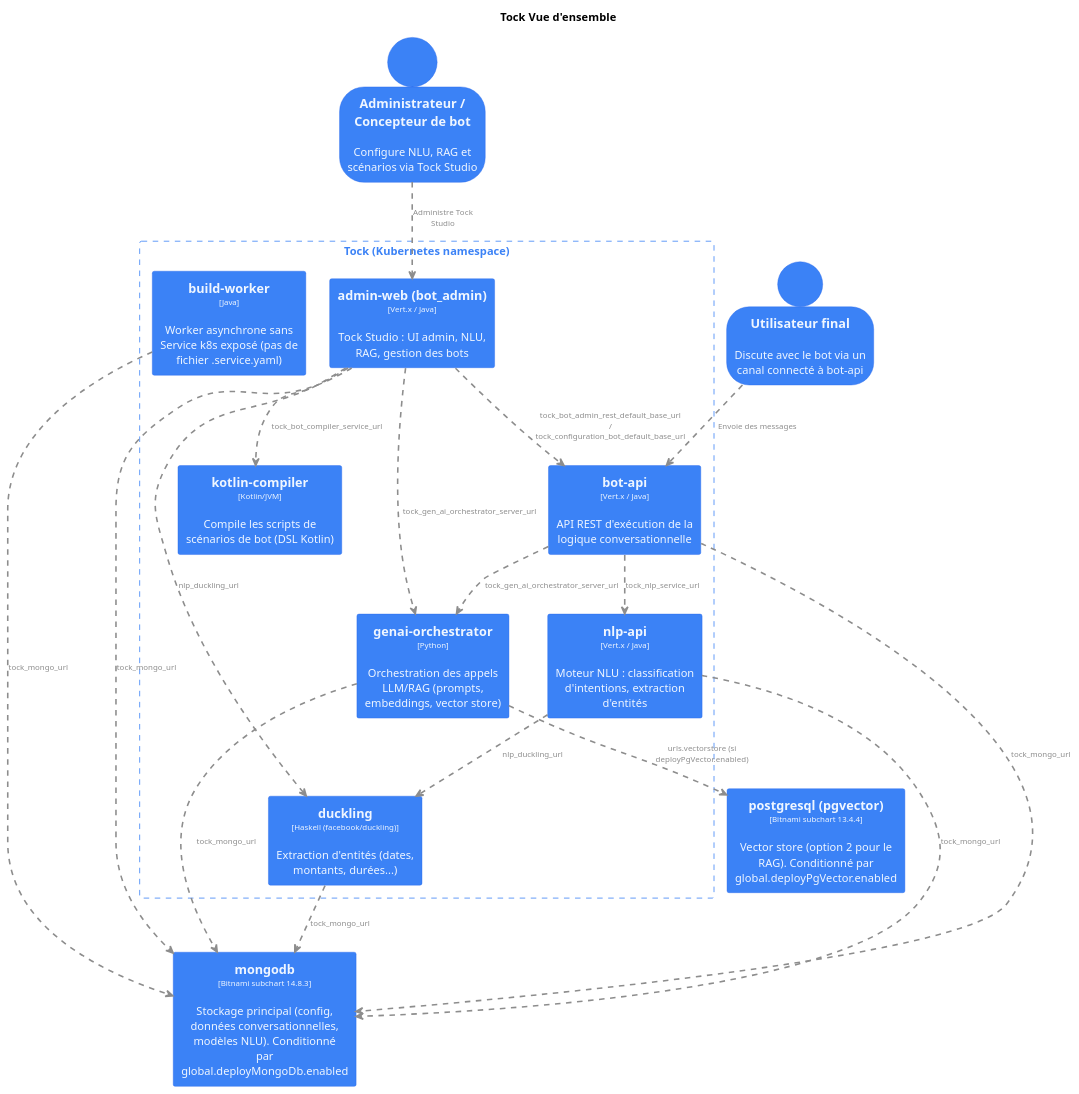
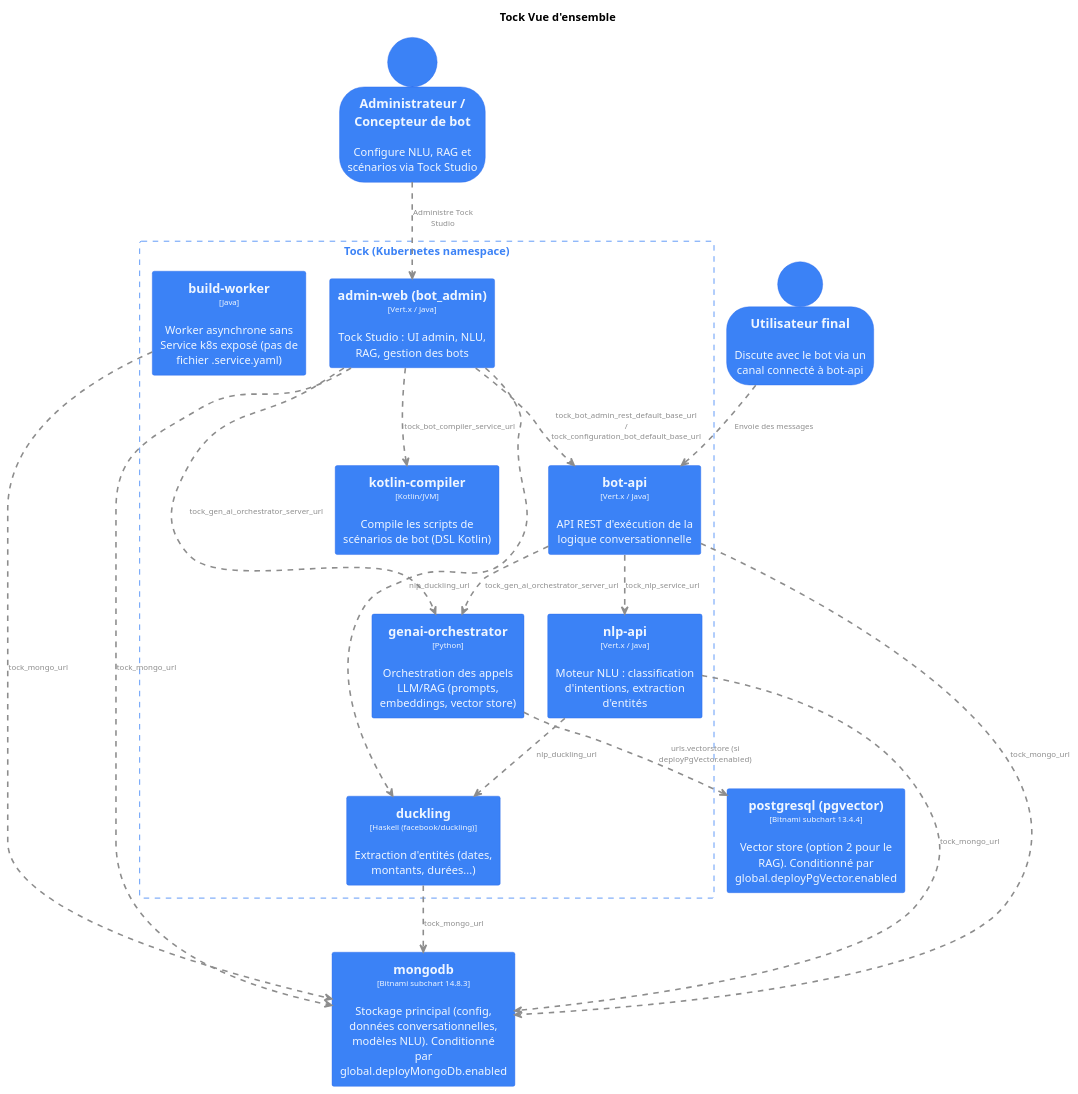
One commit to theopenconversationkit/tock-helm-chart changed the diagram in assets/tockOverview.puml. Above: the diagram before and after it, drawn with PlantUML. The commit also changed 8 other files, not shown here.

```diff
--- a/assets/tockOverview.puml
+++ b/assets/tockOverview.puml
@@ -1,105 +1,104 @@
 @startuml
 title "Tock Vue d'ensemble"
 top to bottom direction
 
 hide stereotype
 skinparam ranksep 60
 skinparam nodesep 30
 skinparam {
   arrowFontSize 10
   defaultTextAlignment center
   wrapWidth 200
   maxMessageSize 100
   shadowing false
 }
 
 skinparam person<<Admin>>{
   BackgroundColor #3b82f6
   FontColor #eff6ff
   BorderColor #2563eb
 }
 skinparam person<<EndUser>>{
   BackgroundColor #3b82f6
   FontColor #eff6ff
   BorderColor #2563eb
 }
 skinparam rectangle<<TockAdminWeb>>{
   BackgroundColor #3b82f6
   FontColor #eff6ff
   BorderColor #2563eb
 }
 skinparam rectangle<<TockBuildWorker>>{
   BackgroundColor #3b82f6
   FontColor #eff6ff
   BorderColor #2563eb
 }
 skinparam rectangle<<TockBotApi>>{
   BackgroundColor #3b82f6
   FontColor #eff6ff
   BorderColor #2563eb
 }
 skinparam rectangle<<TockKotlinCompiler>>{
   BackgroundColor #3b82f6
   FontColor #eff6ff
   BorderColor #2563eb
 }
 skinparam rectangle<<TockNlpApi>>{
   BackgroundColor #3b82f6
   FontColor #eff6ff
   BorderColor #2563eb
 }
 skinparam rectangle<<TockGenaiOrchestrator>>{
   BackgroundColor #3b82f6
   FontColor #eff6ff
   BorderColor #2563eb
 }
 skinparam rectangle<<TockDuckling>>{
   BackgroundColor #3b82f6
   FontColor #eff6ff
   BorderColor #2563eb
 }
 skinparam rectangle<<Postgresql>>{
   BackgroundColor #3b82f6
   FontColor #eff6ff
   BorderColor #2563eb
 }
 skinparam rectangle<<Mongodb>>{
   BackgroundColor #3b82f6
   FontColor #eff6ff
   BorderColor #2563eb
 }
 person "==Administrateur / Concepteur de bot\n\nConfigure NLU, RAG et scénarios via Tock Studio" <<Admin>> as Admin
 person "==Utilisateur final\n\nDiscute avec le bot via un canal connecté à bot-api" <<EndUser>> as EndUser
 rectangle "Tock (Kubernetes namespace)" <<Tock>> as Tock {
   skinparam RectangleBorderColor<<Tock>> #3b82f6
   skinparam RectangleFontColor<<Tock>> #3b82f6
   skinparam RectangleBorderStyle<<Tock>> dashed
 
   rectangle "==admin-web (bot_admin)\n<size:10>[Vert.x / Java]</size>\n\nTock Studio : UI admin, NLU, RAG, gestion des bots" <<TockAdminWeb>> as TockAdminWeb
   rectangle "==build-worker\n<size:10>[Java]</size>\n\nWorker asynchrone sans Service k8s exposé (pas de fichier .service.yaml)" <<TockBuildWorker>> as TockBuildWorker
   rectangle "==bot-api\n<size:10>[Vert.x / Java]</size>\n\nAPI REST d'exécution de la logique conversationnelle" <<TockBotApi>> as TockBotApi
   rectangle "==kotlin-compiler\n<size:10>[Kotlin/JVM]</size>\n\nCompile les scripts de scénarios de bot (DSL Kotlin)" <<TockKotlinCompiler>> as TockKotlinCompiler
   rectangle "==nlp-api\n<size:10>[Vert.x / Java]</size>\n\nMoteur NLU : classification d'intentions, extraction d'entités" <<TockNlpApi>> as TockNlpApi
   rectangle "==genai-orchestrator\n<size:10>[Python]</size>\n\nOrchestration des appels LLM/RAG (prompts, embeddings, vector store)" <<TockGenaiOrchestrator>> as TockGenaiOrchestrator
   rectangle "==duckling\n<size:10>[Haskell (facebook/duckling)]</size>\n\nExtraction d'entités (dates, montants, durées...)" <<TockDuckling>> as TockDuckling
 }
 rectangle "==postgresql (pgvector)\n<size:10>[Bitnami subchart 13.4.4]</size>\n\nVector store (option 2 pour le RAG). Conditionné par global.deployPgVector.enabled" <<Postgresql>> as Postgresql
 rectangle "==mongodb\n<size:10>[Bitnami subchart 14.8.3]</size>\n\nStockage principal (config, données conversationnelles, modèles NLU). Conditionné par global.deployMongoDb.enabled" <<Mongodb>> as Mongodb
 
 TockAdminWeb .[#8D8D8D,thickness=2].> TockBotApi : <color:#8D8D8D>tock_bot_admin_rest_default_base_url / \n<color:#8D8D8D>tock_configuration_bot_default_base_url
 TockAdminWeb .[#8D8D8D,thickness=2].> TockDuckling : <color:#8D8D8D>nlp_duckling_url
 TockAdminWeb .[#8D8D8D,thickness=2].> TockKotlinCompiler : <color:#8D8D8D>tock_bot_compiler_service_url
 TockAdminWeb .[#8D8D8D,thickness=2].> TockGenaiOrchestrator : <color:#8D8D8D>tock_gen_ai_orchestrator_server_url
 TockBotApi .[#8D8D8D,thickness=2].> TockNlpApi : <color:#8D8D8D>tock_nlp_service_url
 TockBotApi .[#8D8D8D,thickness=2].> TockGenaiOrchestrator : <color:#8D8D8D>tock_gen_ai_orchestrator_server_url
 TockNlpApi .[#8D8D8D,thickness=2].> TockDuckling : <color:#8D8D8D>nlp_duckling_url
 TockAdminWeb .[#8D8D8D,thickness=2].> Mongodb : <color:#8D8D8D>tock_mongo_url
 TockBotApi .[#8D8D8D,thickness=2].> Mongodb : <color:#8D8D8D>tock_mongo_url
 TockNlpApi .[#8D8D8D,thickness=2].> Mongodb : <color:#8D8D8D>tock_mongo_url
 TockDuckling .[#8D8D8D,thickness=2].> Mongodb : <color:#8D8D8D>tock_mongo_url
 TockBuildWorker .[#8D8D8D,thickness=2].> Mongodb : <color:#8D8D8D>tock_mongo_url
-TockGenaiOrchestrator .[#8D8D8D,thickness=2].> Mongodb : <color:#8D8D8D>tock_mongo_url
 TockGenaiOrchestrator .[#8D8D8D,thickness=2].> Postgresql : <color:#8D8D8D>urls.vectorstore (si \n<color:#8D8D8D>deployPgVector.enabled)
 Admin .[#8D8D8D,thickness=2].> TockAdminWeb : <color:#8D8D8D>Administre Tock Studio
 EndUser .[#8D8D8D,thickness=2].> TockBotApi : <color:#8D8D8D>Envoie des messages
 @enduml
```
